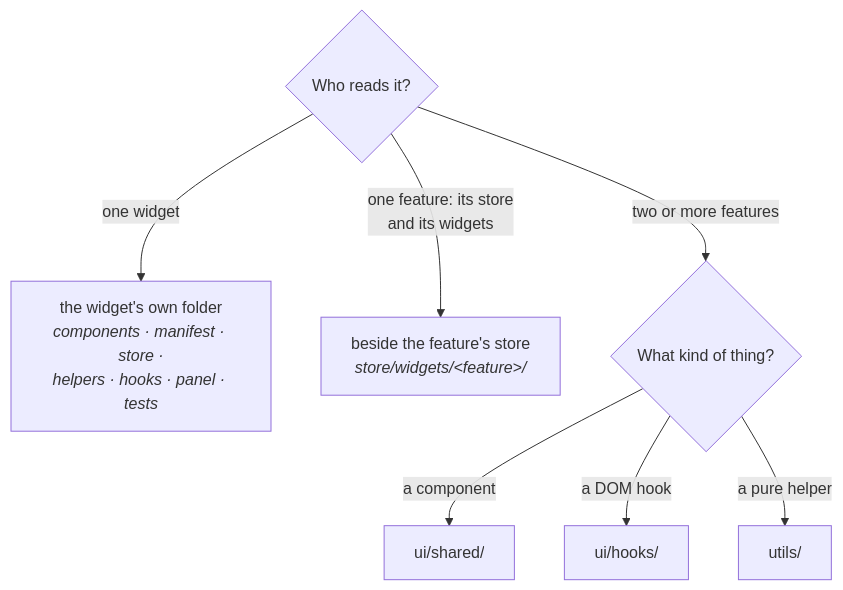
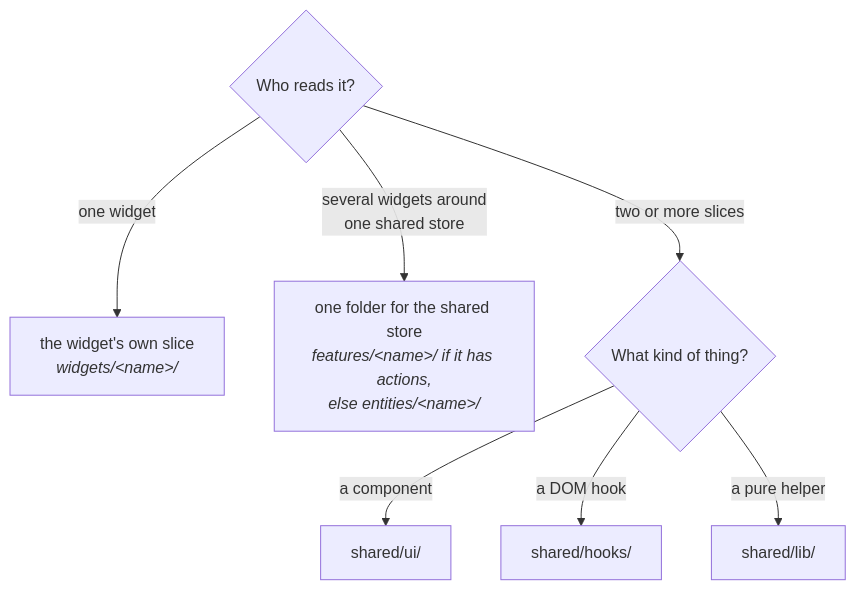
Before and after one commit to mvoof/Marble-Trace: diagram 13 of 22 in docs/architecture.md, drawn with Mermaid. The commit also changed other lines of this file and 1582 other files, not shown here.

````diff
--- a/docs/architecture.md
+++ b/docs/architecture.md
@@ -1095,17 +1174,17 @@
 ```mermaid
 flowchart TB
     Q1{"Who reads it?"}
-    W["the widget's own folder<br/><i>components · manifest · store ·<br/>helpers · hooks · panel · tests</i>"]
-    F["beside the feature's store<br/><i>store/widgets/&lt;feature&gt;/</i>"]
+    W["the widget's own slice<br/><i>widgets/&lt;name&gt;/</i>"]
+    F["one folder for the shared store<br/><i>features/&lt;name&gt;/ if it has actions,<br/>else entities/&lt;name&gt;/</i>"]
     KIND{"What kind of thing?"}
-    SH["ui/shared/"]
-    HK["ui/hooks/"]
-    UT["utils/"]
+    SH["shared/ui/"]
+    HK["shared/hooks/"]
+    UT["shared/lib/"]
 
     Q1 -->|one widget| W
-    Q1 -->|"one feature: its store<br/>and its widgets"| F
-    Q1 -->|"two or more features"| KIND
+    Q1 -->|"several widgets around<br/>one shared store"| F
+    Q1 -->|"two or more slices"| KIND
     KIND -->|a component| SH
     KIND -->|a DOM hook| HK
     KIND -->|a pure helper| UT
 ```
````
